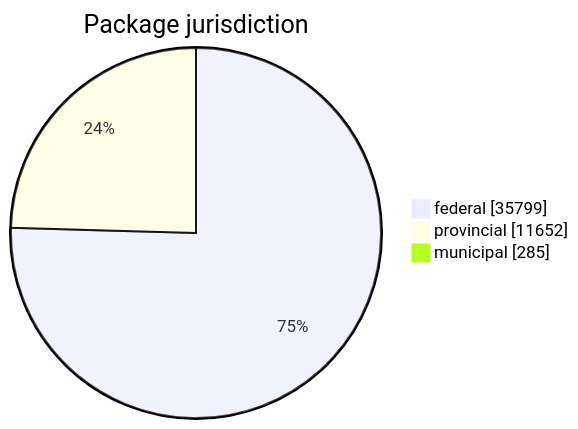
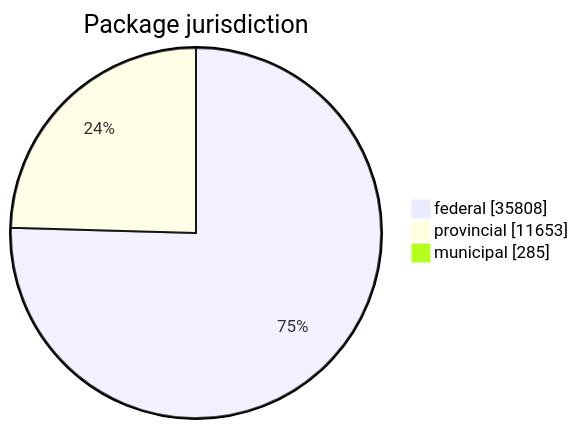
One commit to open-data/analytics-corporate-reporting changed the first of 5 diagrams in FreshCheck/README.md. Above: the diagram before and after it, drawn with Mermaid. The commit also changed other lines of this file and 3 other files, not shown here.

````diff
--- a/FreshCheck/README.md
+++ b/FreshCheck/README.md
@@ -60,6 +60,6 @@
 ```mermaid
 pie showData title Package jurisdiction
-    "federal": 35799
-    "provincial": 11652
+    "federal": 35808
+    "provincial": 11653
     "municipal": 285
 ```
````
